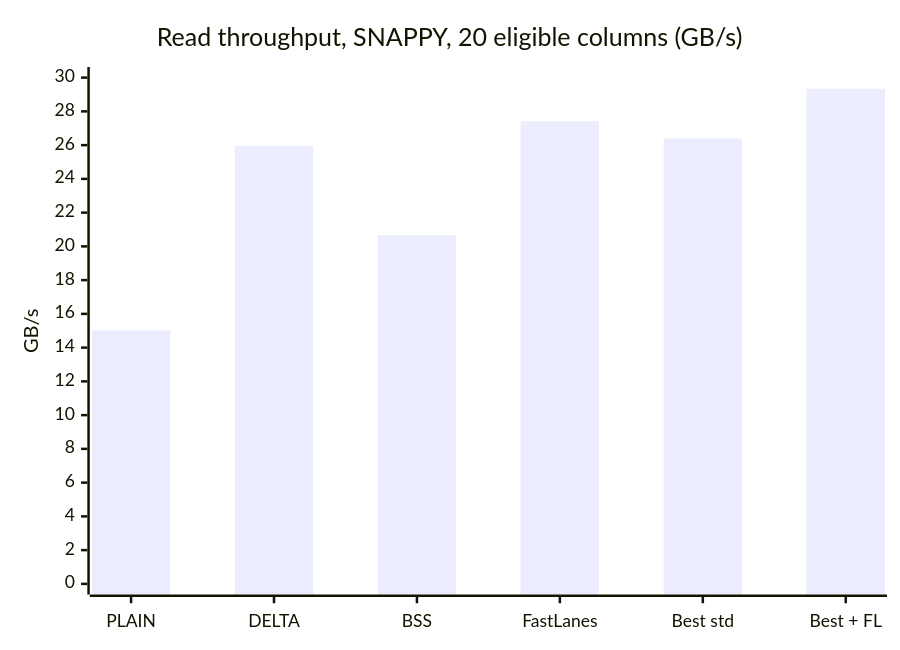
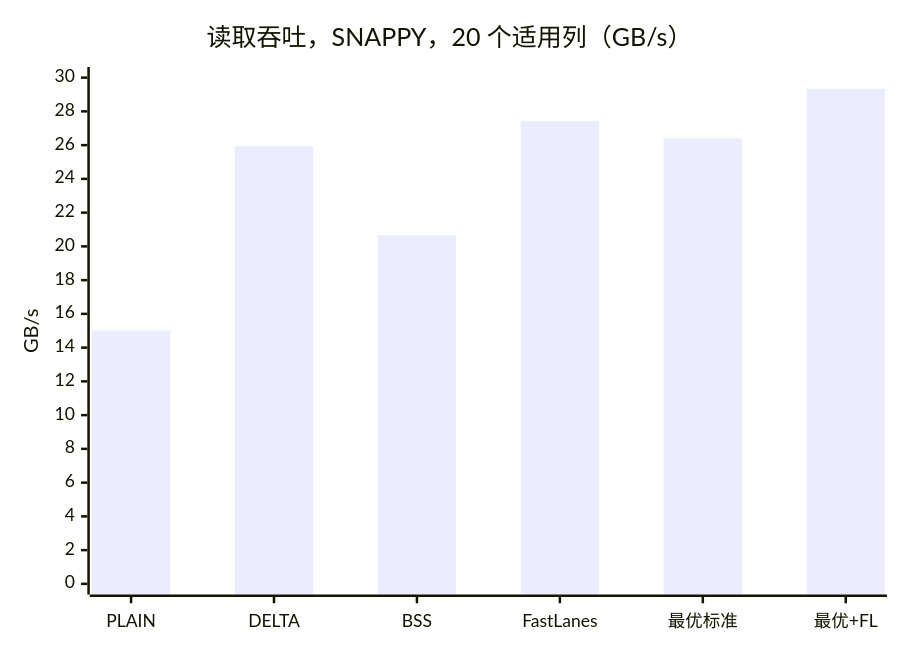
Before and after one commit to qbacpey/cudf: the second of 2 diagrams in cpp/examples/parquet_io/docs/fastlanes/FASTLANES_TPCH_SF100_BENCHMARK_2026-09-27.md, drawn with Mermaid. The commit also changed other lines of this file and 3 other files, not shown here.

First line of the commit message:
Translate FastLanes reports to Chinese and add their canvases

````diff
--- a/cpp/examples/parquet_io/docs/fastlanes/FASTLANES_TPCH_SF100_BENCHMARK_2026-09-27.md
+++ b/cpp/examples/parquet_io/docs/fastlanes/FASTLANES_TPCH_SF100_BENCHMARK_2026-09-27.md
@@ -221,7 +190,7 @@
 ```mermaid
 xychart-beta
-    title "Read throughput, SNAPPY, 20 eligible columns (GB/s)"
-    x-axis ["PLAIN", "DELTA", "BSS", "FastLanes", "Best std", "Best + FL"]
+    title "读取吞吐，SNAPPY，20 个适用列（GB/s）"
+    x-axis ["PLAIN", "DELTA", "BSS", "FastLanes", "最优标准", "最优+FL"]
     y-axis "GB/s" 0 --> 30
     bar [15.02, 25.95, 20.66, 27.42, 26.40, 29.34]
 ```
````
